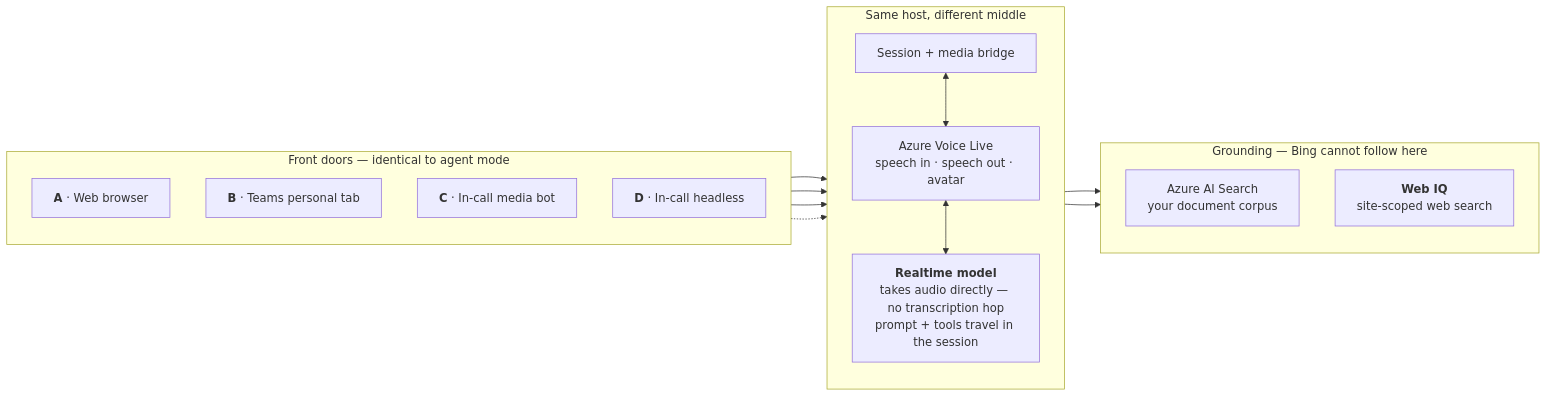
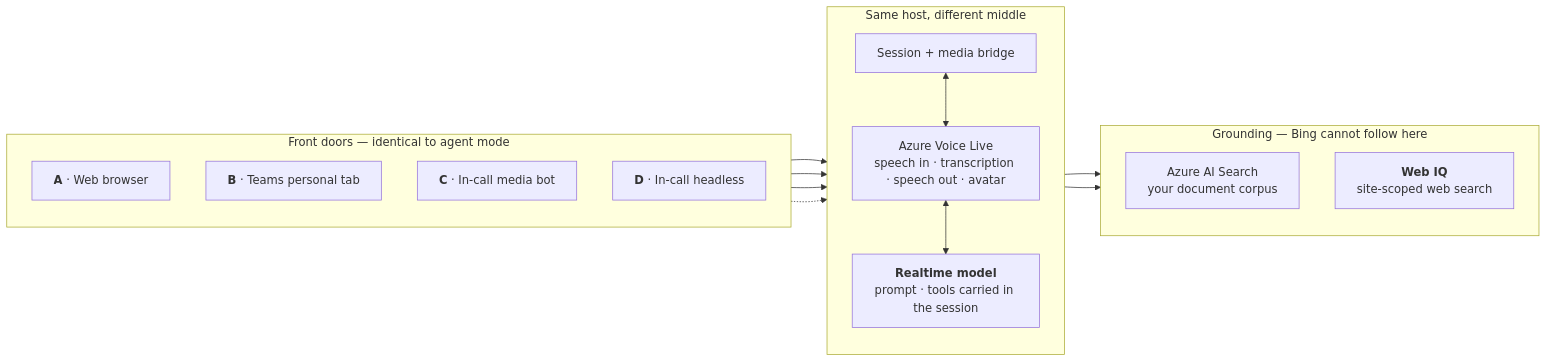
One commit to SridharArrabelly/avatar-forge changed the second of 2 diagrams in README.md. Above: the diagram before and after it, drawn with Mermaid. The commit also changed other lines of this file and 2 other files, not shown here.

First line of the commit message:
Stop drawing speech-to-text as its own box

````diff
--- a/README.md
+++ b/README.md
@@ -74,32 +72,32 @@
 ```mermaid
 flowchart LR
     subgraph Doors2["Front doors — identical to agent mode"]
         direction TB
         A2["<b>A</b> · Web browser"]
         B2["<b>B</b> · Teams personal tab"]
         C2["<b>C</b> · In-call media bot"]
         D2["<b>D</b> · In-call headless"]
     end
 
     subgraph Brain2["Same host, different middle"]
         direction TB
         API2["Session + media bridge"]
-        VL2["Azure Voice Live<br/>speech in · speech out · avatar"]
-        RT["<b>Realtime model</b><br/>takes audio directly — no transcription hop<br/>prompt + tools travel in the session"]
+        VL2["Azure Voice Live<br/>speech in · transcription · speech out · avatar"]
+        RT["<b>Realtime model</b><br/>prompt · tools carried in the session"]
         API2 <--> VL2
         VL2 <--> RT
     end
 
     subgraph Ground2["Grounding — Bing cannot follow here"]
         direction TB
         S2["Azure AI Search<br/>your document corpus"]
         W2["<b>Web IQ</b><br/>site-scoped web search"]
     end
 
     A2 --> API2
     B2 --> API2
     C2 --> API2
     D2 -.-> API2
     RT --> S2
     RT --> W2
 ```
````
